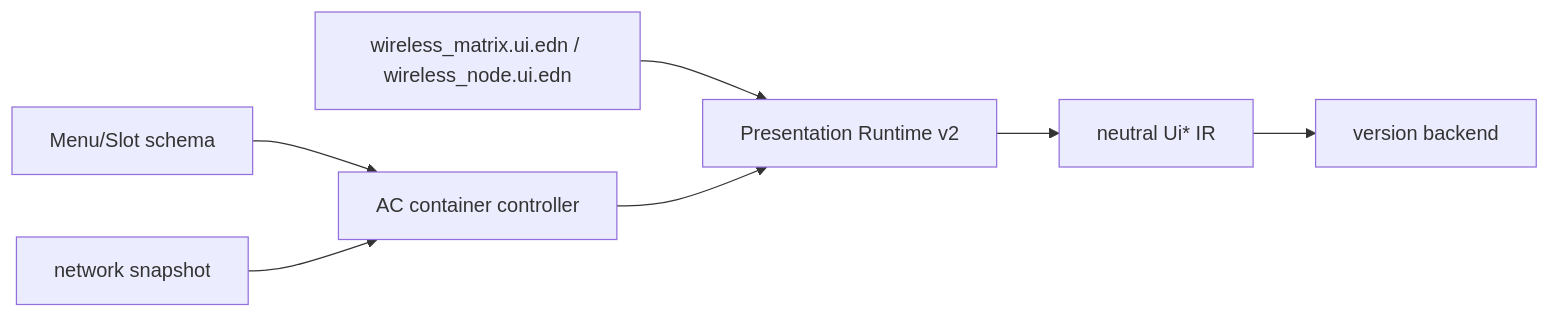
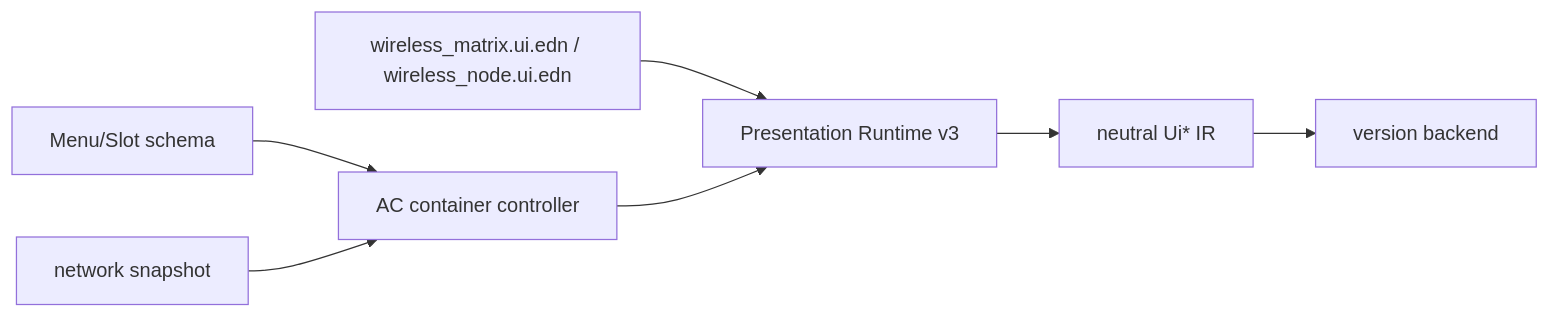
Before and after one commit to zeldacl/clojure-academy-v2: the diagram in minecraftmod/docs/05-wireless/Wireless_GUI_Status.md, drawn with Mermaid. The commit also changed other lines of this file and 6 other files, not shown here.

````diff
--- a/minecraftmod/docs/05-wireless/Wireless_GUI_Status.md
+++ b/minecraftmod/docs/05-wireless/Wireless_GUI_Status.md
@@ -16,9 +16,9 @@
 ```mermaid
 flowchart LR
   M[Menu/Slot schema] --> C[AC container controller]
   N[network snapshot] --> C
-  A[wireless_matrix.ui.edn / wireless_node.ui.edn] --> R[Presentation Runtime v2]
+  A[wireless_matrix.ui.edn / wireless_node.ui.edn] --> R[Presentation Runtime v3]
   C --> R
   R --> I[neutral Ui* IR]
   I --> P[version backend]
 ```
````
